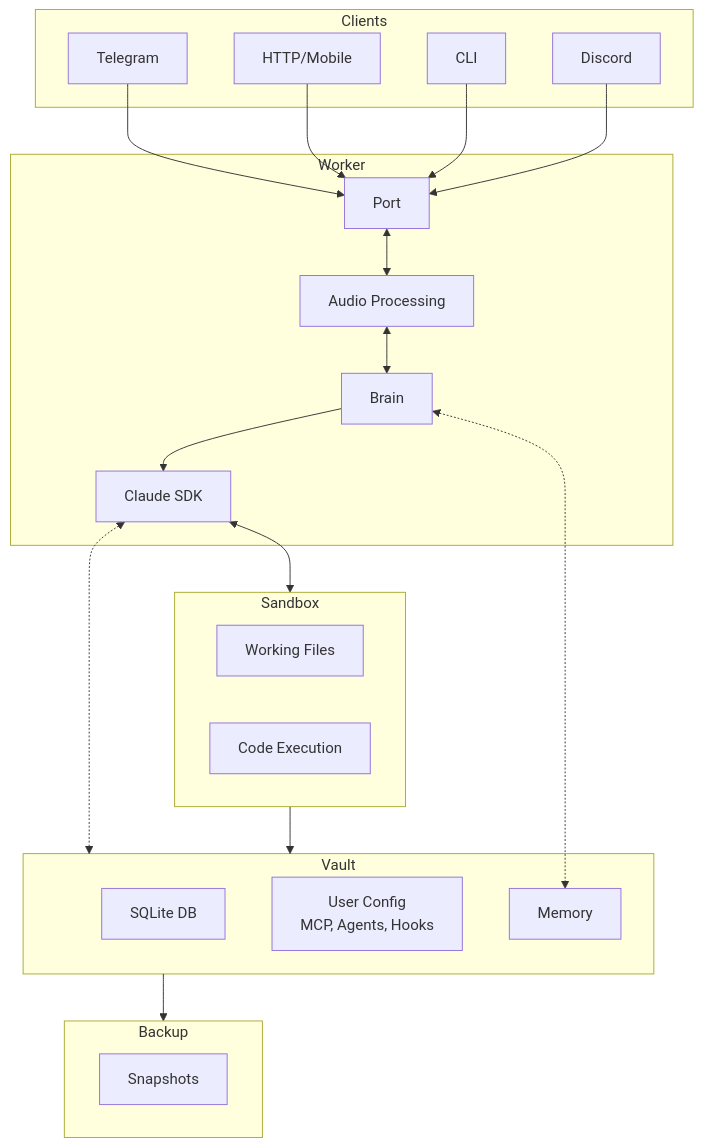
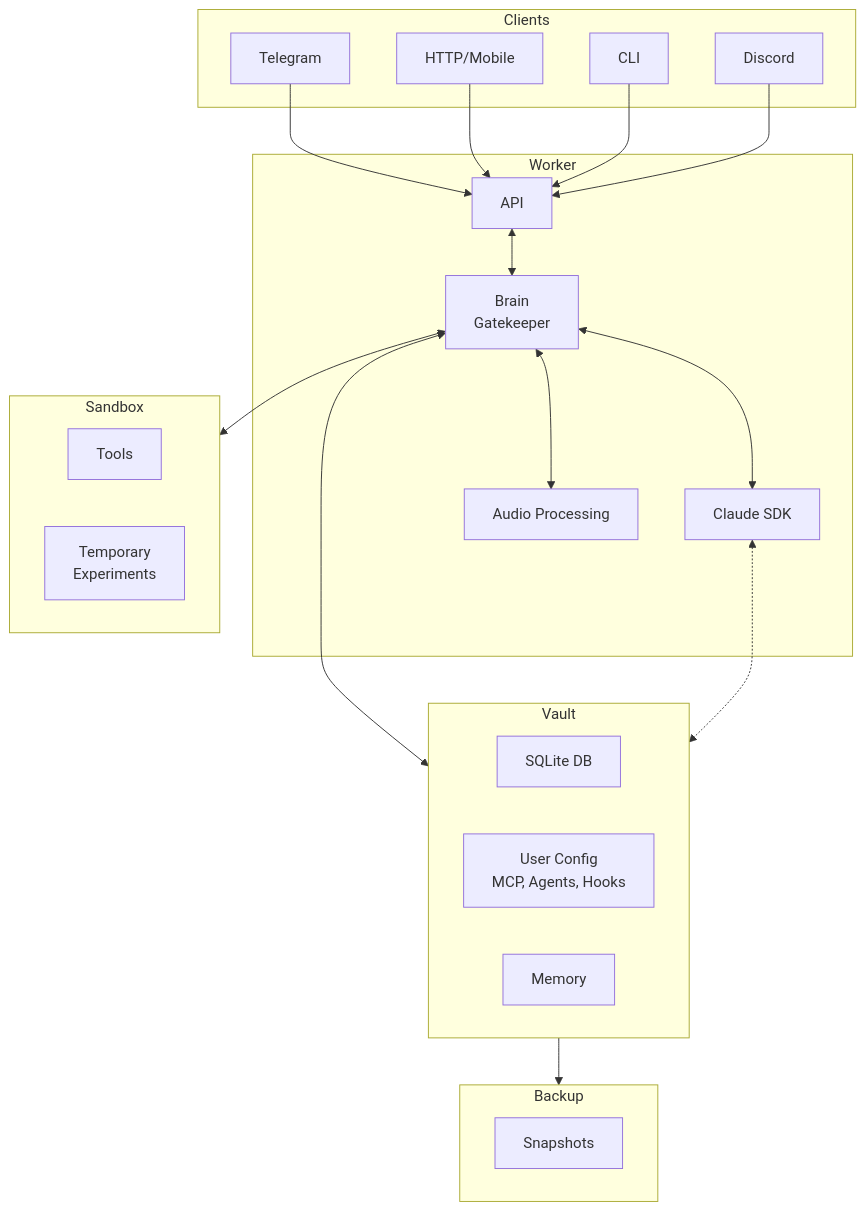
The diagram in docs/single-instance-architecture.md (KoroMind/KoroMind), drawn with Mermaid before and after one commit. The commit also changed 1 other file, not shown here.

Commit message:
Fix architecture diagram arrow directions
- Make Brain connections bidirectional (Brain <--> Voice, SDK, Vault, Sandbox)
- Fix Backup direction: Vault --> Backup (data flows to backup, not from)

````diff
--- a/docs/single-instance-architecture.md
+++ b/docs/single-instance-architecture.md
@@ -5,46 +5,45 @@
 ```mermaid
 graph TD
     subgraph Clients[Clients]
         TG[Telegram]
         HTTP[HTTP/Mobile]
         CLI[CLI]
         DISC[Discord]
     end
 
     subgraph Worker[Worker]
-        PORT[Port]
-        BRAIN[Brain]
+        BRAIN[Brain <br> Gatekeeper]
         SDK[Claude SDK]
         VOICE[Audio Processing]
 
-        PORT <--> VOICE
-        VOICE <--> BRAIN
-        BRAIN --> SDK
+        BRAIN <--> VOICE
+        API <--> BRAIN
+
+        BRAIN <--> SDK
     end
 
     subgraph Vault[Vault]
         STATE[SQLite DB]
         CONFIG[User Config<br/>MCP, Agents, Hooks]
         MEMORY[Memory]
     end
 
-    subgraph Sandbox[Sandbox]
-        FILES[Working Files]
-        EXEC[Code Execution]
-    end
-
     subgraph Backup[Backup]
         SNAP[Snapshots]
     end
 
-    TG --> PORT
-    HTTP --> PORT
-    CLI --> PORT
-    DISC --> PORT
+    subgraph Sandbox[Sandbox]
+        TOOLS[Tools]
+        TMP[Temporary <br> Experiments]
+    end
 
-    BRAIN <-.-> MEMORY
-    SDK <--> Sandbox
+    TG --> API
+    HTTP --> API
+    CLI --> API
+    DISC --> API
+
+    BRAIN <--> Vault
+    BRAIN <--> Sandbox
     SDK <-.-> Vault
-    Sandbox --> Vault
     Vault --> Backup
 ```
````
